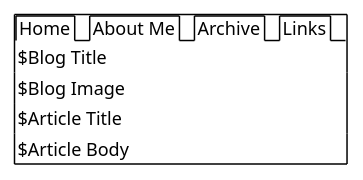
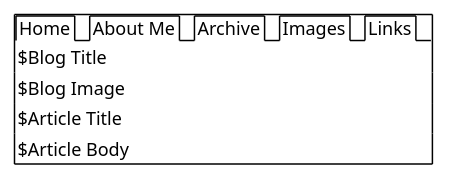
Before and after one commit to fujimaru-lab/blog-blog-blog: the diagram in doc/front/main.pu, drawn with PlantUML.

Commit message:
[modify] タブに画像一覧タブ(Images)を追加

```diff
--- a/doc/front/main.pu
+++ b/doc/front/main.pu
@@ -1,9 +1,9 @@
 @startsalt MainPage
 {+
-{/ Home | About Me | Archive | Links}
+{/ Home | About Me | Archive | Images | Links}
 { $Blog Title}
 { $Blog Image}
     {$Article Title}
     {$Article Body}
 }
 @endsalt
```
